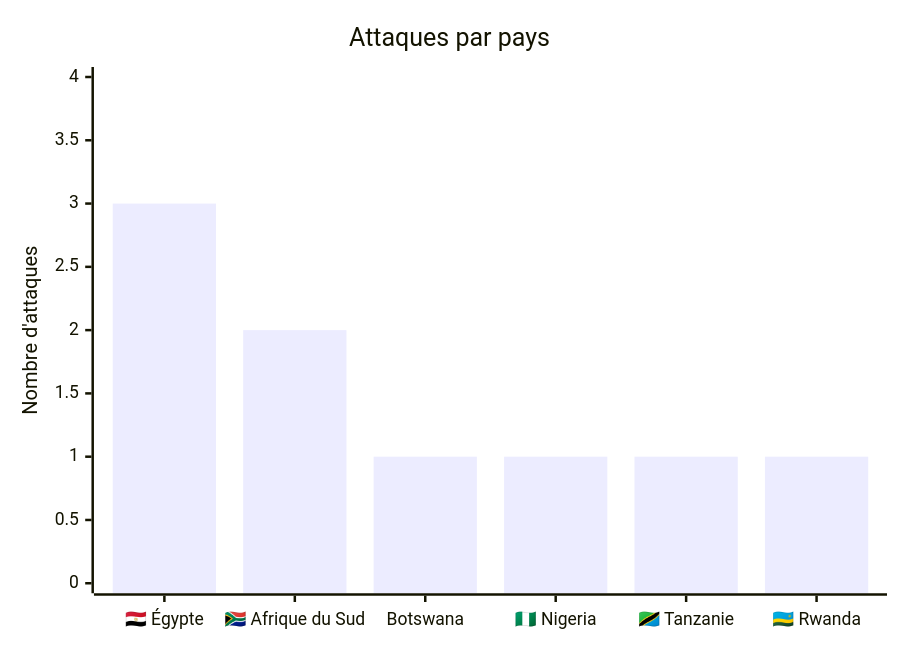
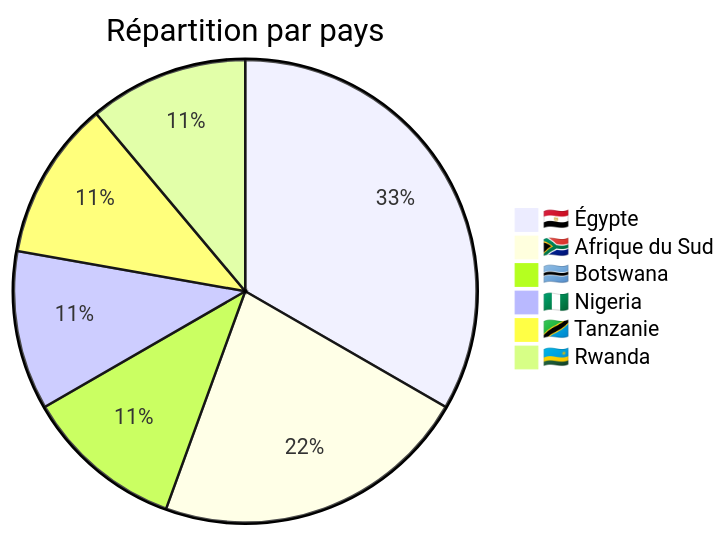
Before and after one commit to Hatchepsoute/AFRINTEL: the third of 5 diagrams in reports/2025/03-march/README_FR.md, drawn with Mermaid. The commit also changed other lines of this file and 7 other files, not shown here.

````diff
--- a/reports/2025/03-march/README_FR.md
+++ b/reports/2025/03-march/README_FR.md
@@ -73,7 +75,9 @@
 ```mermaid
-xychart-beta
-    title "Attaques par pays"
-    x-axis ["🇪🇬 Égypte", "🇿🇦 Afrique du Sud", "Botswana", "🇳🇬 Nigeria", "🇹🇿 Tanzanie", "🇷🇼 Rwanda"]
-    y-axis "Nombre d'attaques" 0 --> 4
-    bar [3, 2, 1, 1, 1, 1]
+pie title Répartition par pays
+    "🇪🇬 Égypte" : 3
+    "🇿🇦 Afrique du Sud" : 2
+    "🇧🇼 Botswana" : 1
+    "🇳🇬 Nigeria" : 1
+    "🇹🇿 Tanzanie" : 1
+    "🇷🇼 Rwanda" : 1
 ```
````
